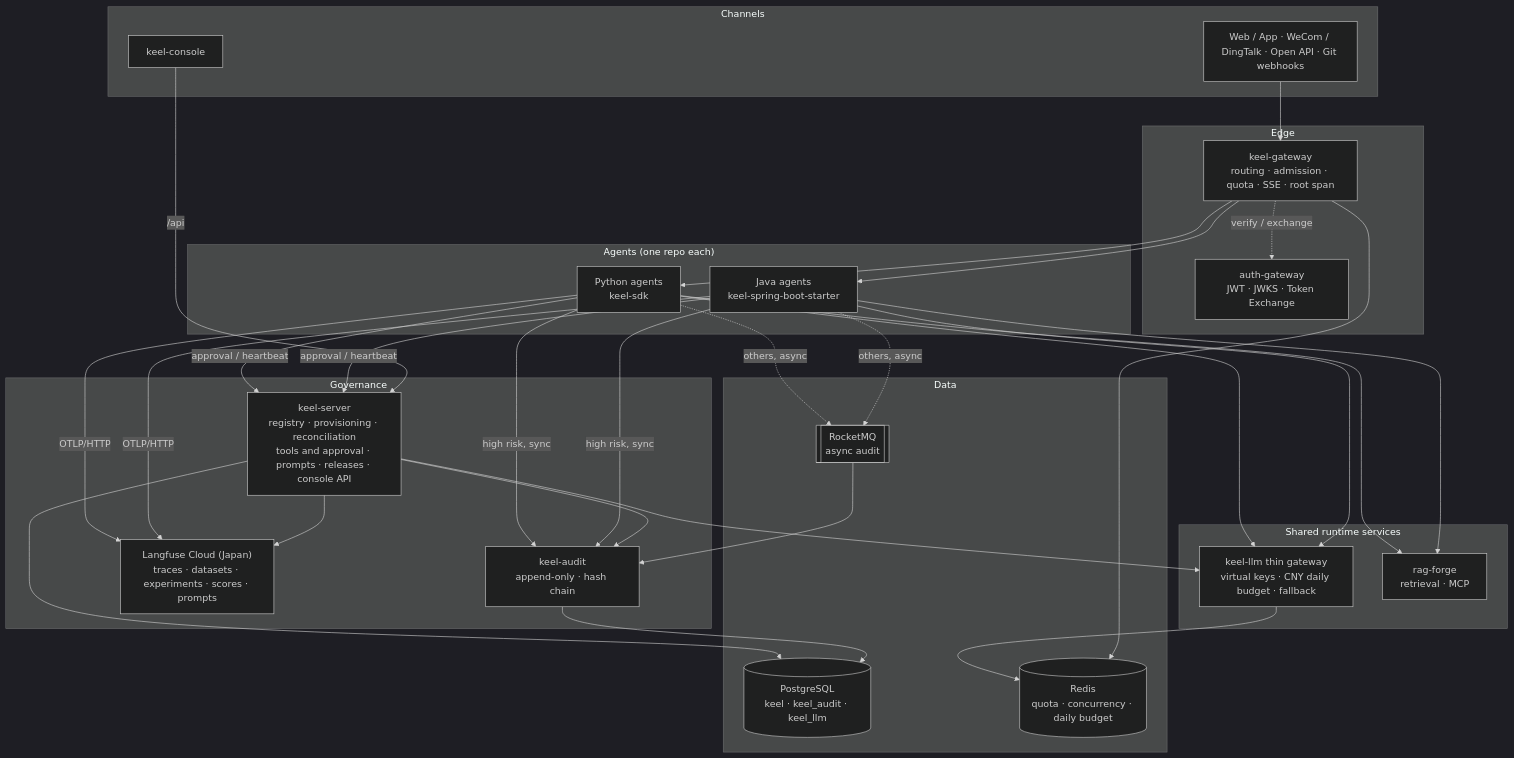
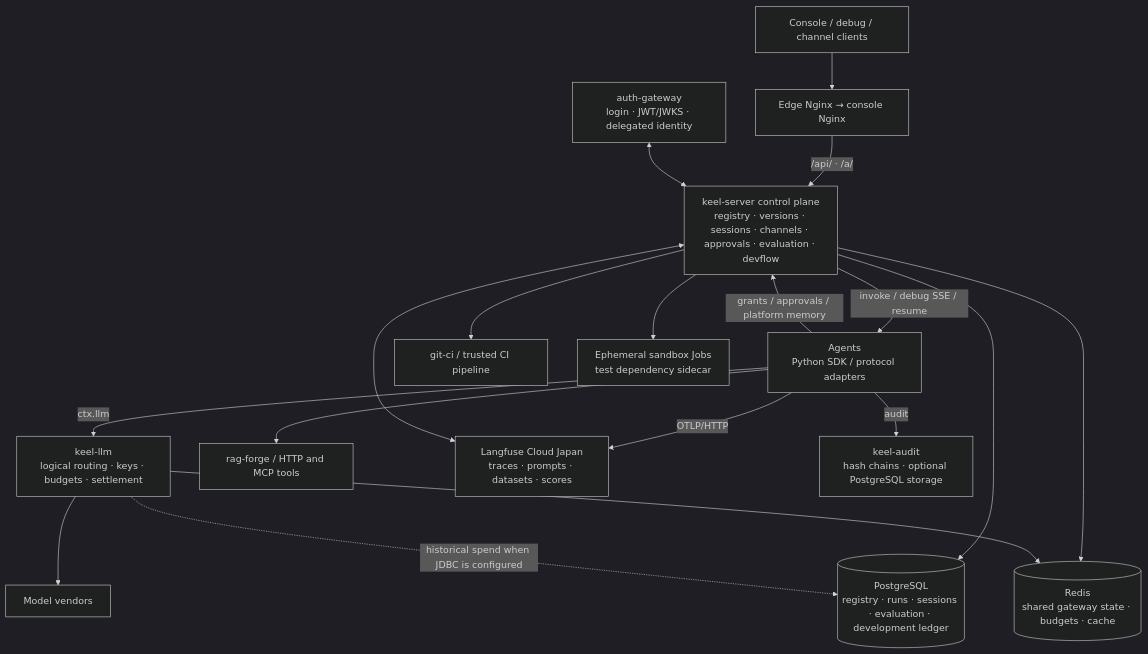
Before and after one commit to dezhiguan/keel: the first of 2 diagrams in README.en.md, drawn with Mermaid (dark theme). The commit also changed other lines of this file and 2 other files, not shown here.

Commit message:
docs: align bilingual READMEs with current platform and deployment

````diff
--- a/README.en.md
+++ b/README.en.md
@@ -42,49 +42,20 @@
 ```mermaid
 flowchart TB
-    subgraph CH["Channels"]
-        web["Web / App · WeCom / DingTalk · Open API · Git webhooks"]
-        console["keel-console"]
-    end
-
-    subgraph EDGE["Edge"]
-        authgw["auth-gateway<br/>JWT · JWKS · Token Exchange"]
-        gw["keel-gateway<br/>routing · admission · quota · SSE · root span"]
-    end
-
-    subgraph AG["Agents (one repo each)"]
-        py["Python agents<br/>keel-sdk"]
-        java["Java agents<br/>keel-spring-boot-starter"]
-    end
-
-    subgraph RT["Shared runtime services"]
-        llm["keel-llm thin gateway<br/>virtual keys · CNY daily budget · fallback"]
-        rag["rag-forge<br/>retrieval · MCP"]
-    end
-
-    subgraph GOV["Governance"]
-        server["keel-server<br/>registry · provisioning · reconciliation<br/>tools and approval · prompts · releases · console API"]
-        audit["keel-audit<br/>append-only · hash chain"]
-        lf["Langfuse Cloud (Japan)<br/>traces · datasets · experiments · scores · prompts"]
-    end
-
-    subgraph DATA["Data"]
-        pg[("PostgreSQL<br/>keel · keel_audit · keel_llm")]
-        redis[("Redis<br/>quota · concurrency · daily budget")]
-        mq[["RocketMQ<br/>async audit"]]
-    end
-
-    web --> gw
-    gw -. verify / exchange .-> authgw
-    gw --> py & java
-    py & java --> llm & rag
-    py & java -- OTLP/HTTP --> lf
-    py & java -- high risk, sync --> audit
-    py & java -. others, async .-> mq --> audit
-    py & java -- approval / heartbeat --> server
-    console -- /api --> server
-    server --> lf & llm & audit
-    server --> pg
-    audit --> pg
+    browser["Console / debug / channel clients"] --> edge["Edge Nginx → console Nginx"]
+    edge -- "/api/ · /a/" --> server["keel-server control plane<br/>registry · versions · sessions · channels · approvals · evaluation · devflow"]
+    auth["auth-gateway<br/>login · JWT/JWKS · delegated identity"] <--> server
+    server -- "invoke / debug SSE / resume" --> agent["Agents<br/>Python SDK / protocol adapters"]
+    agent -- "ctx.llm" --> llm["keel-llm<br/>logical routing · keys · budgets · settlement"]
+    llm --> vendor["Model vendors"]
+    agent --> shared["rag-forge / HTTP and MCP tools"]
+    agent -- "grants / approvals / platform memory" --> server
+    agent -- "OTLP/HTTP" --> lf["Langfuse Cloud Japan<br/>traces · prompts · datasets · scores"]
+    server <--> lf
+    server --> pg[("PostgreSQL<br/>registry · runs · sessions · evaluation · development ledger")]
+    server --> redis[("Redis<br/>shared gateway state · budgets · cache")]
     llm --> redis
-    gw --> redis
+    llm -. "historical spend when JDBC is configured" .-> pg
+    agent -- "audit" --> audit["keel-audit<br/>hash chains · optional PostgreSQL storage"]
+    server --> git["git-ci / trusted CI pipeline"]
+    server --> sandbox["Ephemeral sandbox Jobs<br/>test dependency sidecar"]
 ```
````
